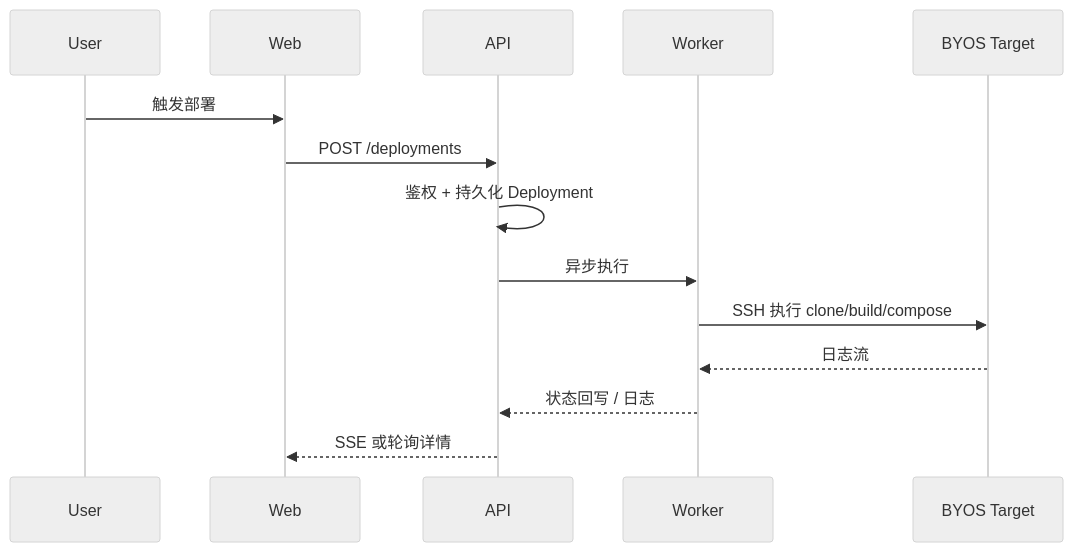
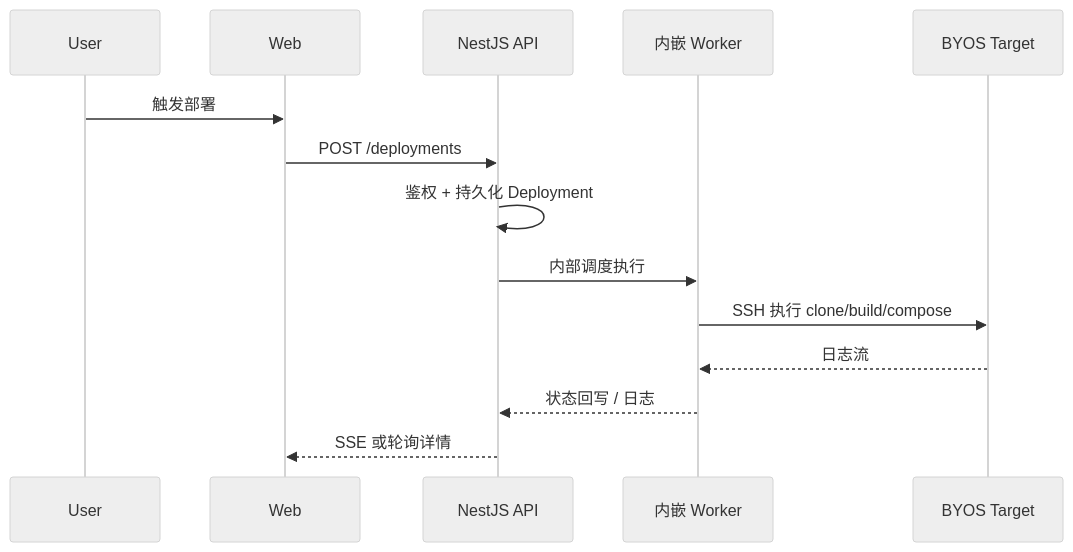
Before and after one commit to tppc-linksc/Launchly: the second of 2 diagrams in docs/basic/技术架构规范.md, drawn with Mermaid (neutral theme). The commit also changed other lines of this file and 2 other files, not shown here.

First line of the commit message:
docs: sync README and architecture docs with NestJS/TypeScript stack

````diff
--- a/docs/basic/技术架构规范.md
+++ b/docs/basic/技术架构规范.md
@@ -68,16 +66,16 @@
 ```mermaid
 sequenceDiagram
   participant U as User
   participant WEB as Web
-  participant API as API
-  participant W as Worker
+  participant API as NestJS API
+  participant W as 内嵌 Worker
   participant T as BYOS Target
   U->>WEB: 触发部署
   WEB->>API: POST /deployments
   API->>API: 鉴权 + 持久化 Deployment
-  API->>W: 异步执行
+  API->>W: 内部调度执行
   W->>T: SSH 执行 clone/build/compose
   T-->>W: 日志流
   W-->>API: 状态回写 / 日志
   API-->>WEB: SSE 或轮询详情
 ```
````
